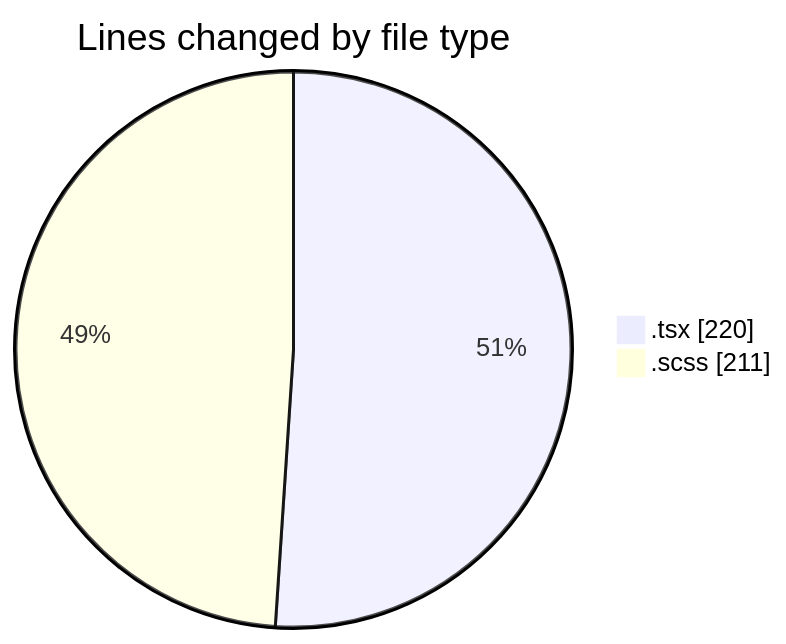
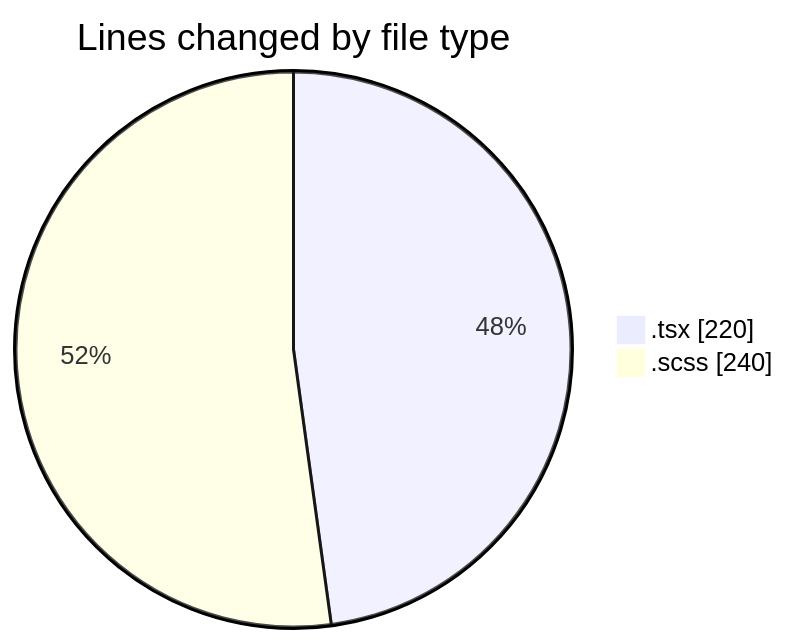
Before and after one commit to momahboobian/code-tracking: the first of 2 diagrams in 2026-06-17/cda/README.md, drawn with Mermaid. The commit also changed other lines of this file and 1 other file, not shown here.

````diff
--- a/2026-06-17/cda/README.md
+++ b/2026-06-17/cda/README.md
@@ -26,6 +26,6 @@
 ```mermaid
 pie showData
 title Lines changed by file type
 ".tsx" : 220
-".scss" : 211
+".scss" : 240
 ```
````
